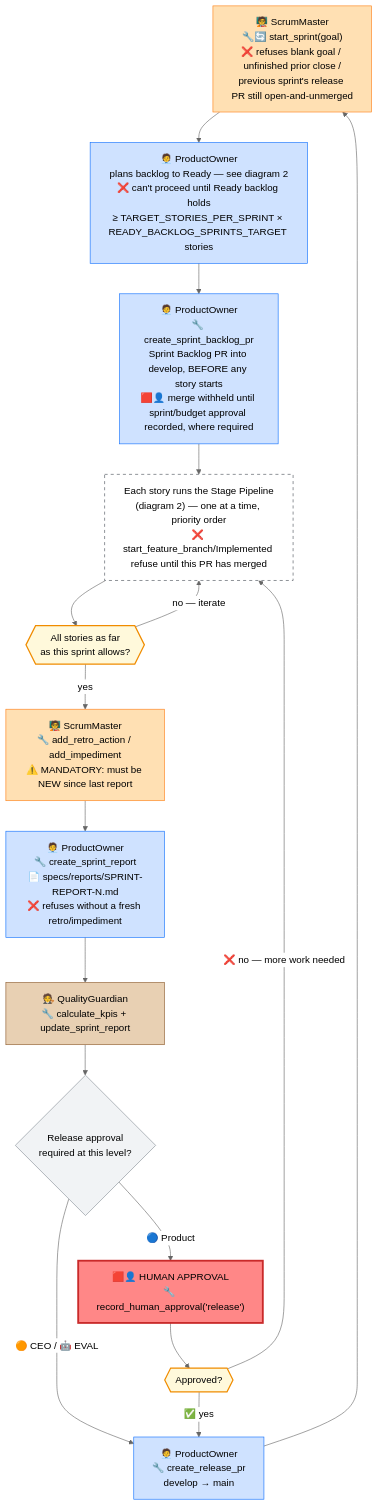
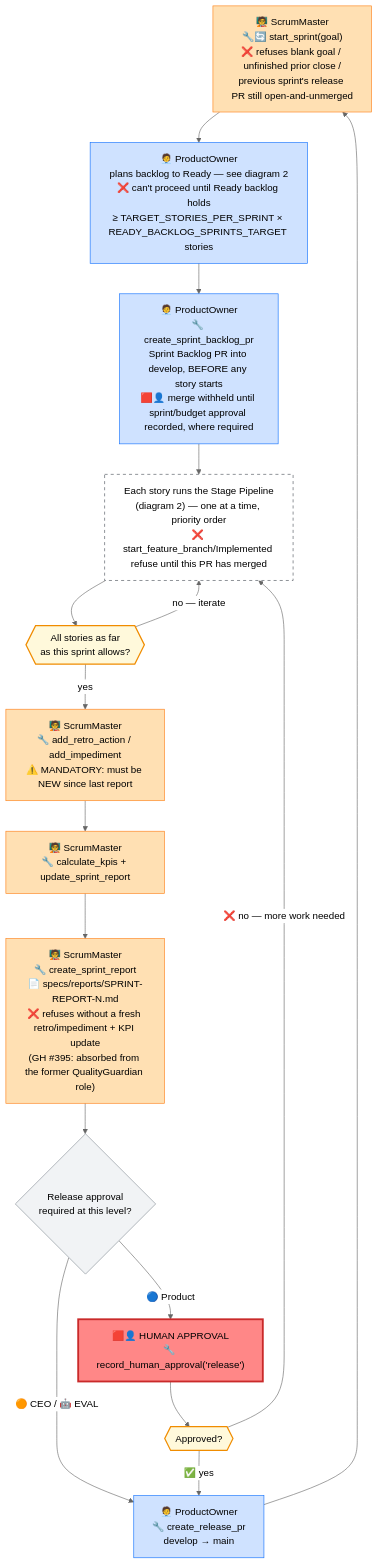
Before and after one commit to CI-Till-Krempel/Horseless-Carriage: the first of 3 diagrams in docs/DEVELOPMENT-WORKFLOW.md, drawn with Mermaid (neutral theme). The commit also changed other lines of this file and 39 other files, not shown here.

````diff
--- a/docs/DEVELOPMENT-WORKFLOW.md
+++ b/docs/DEVELOPMENT-WORKFLOW.md
@@ -57,30 +56,29 @@
 ```mermaid
 flowchart TD
     A["🧑‍🏫 ScrumMaster\n🔧🔄 start_sprint(goal)\n❌ refuses blank goal / unfinished prior close /\nprevious sprint's release PR still open-and-unmerged"]:::sm --> B["🧑‍💼 ProductOwner\nplans backlog to Ready — see diagram 2\n❌ can't proceed until Ready backlog holds\n≥ TARGET_STORIES_PER_SPRINT × READY_BACKLOG_SPRINTS_TARGET stories"]:::po
     B --> C["🧑‍💼 ProductOwner\n🔧 create_sprint_backlog_pr\nSprint Backlog PR into develop, BEFORE any story starts\n🟥👤 merge withheld until sprint/budget approval recorded, where required"]:::po
     C --> D["Each story runs the Stage Pipeline\n(diagram 2) — one at a time, priority order\n❌ start_feature_branch/Implemented refuse until this PR has merged"]:::multi
     D --> E{{"All stories as far\nas this sprint allows?"}}:::loop
     E -- "no — iterate" --> D
     E -- yes --> F["🧑‍🏫 ScrumMaster\n🔧 add_retro_action / add_impediment\n⚠️ MANDATORY: must be NEW since last report"]:::sm
-    F --> G["🧑‍💼 ProductOwner\n🔧 create_sprint_report\n📄 specs/reports/SPRINT-REPORT-N.md\n❌ refuses without a fresh retro/impediment"]:::po
-    G --> H["🧑‍⚖️ QualityGuardian\n🔧 calculate_kpis + update_sprint_report"]:::qg
+    F --> G["🧑‍🏫 ScrumMaster\n🔧 calculate_kpis + update_sprint_report"]:::sm
+    G --> H["🧑‍🏫 ScrumMaster\n🔧 create_sprint_report\n📄 specs/reports/SPRINT-REPORT-N.md\n❌ refuses without a fresh retro/impediment + KPI update\n(GH #395: absorbed from the former QualityGuardian role)"]:::sm
     H --> I{"Release approval\nrequired at this level?"}:::gate
     I -- "🔵 Product" --> J["🟥👤 HUMAN APPROVAL\n🔧 record_human_approval('release')"]:::human
     I -- "🟠 CEO / 🤖 EVAL" --> K
     J --> ReleaseGate{{"Approved?"}}:::loop
     ReleaseGate -- "❌ no — more work needed" --> D
     ReleaseGate -- "✅ yes" --> K
     K["🧑‍💼 ProductOwner\n🔧 create_release_pr\ndevelop → main"]:::po
     K --> A
 
     classDef po fill:#cfe2ff,stroke:#0d6efd,color:#000
     classDef sm fill:#ffe0b3,stroke:#fd7e14,color:#000
     classDef dev fill:#d1f7d6,stroke:#198754,color:#000
     classDef arch fill:#e6d9f7,stroke:#6f42c1,color:#000
     classDef qa fill:#fff3b0,stroke:#e0b400,color:#000
-    classDef qg fill:#e8d0b3,stroke:#8b5a2b,color:#000
     classDef human fill:#ff8787,stroke:#c92a2a,stroke-width:3px,color:#000
     classDef gate fill:#f1f3f5,stroke:#868e96,color:#000
     classDef multi fill:#ffffff,stroke:#495057,stroke-dasharray: 5 5,color:#000
     classDef loop fill:#fff9db,stroke:#f08c00,stroke-width:2px,color:#000
 ```
````
